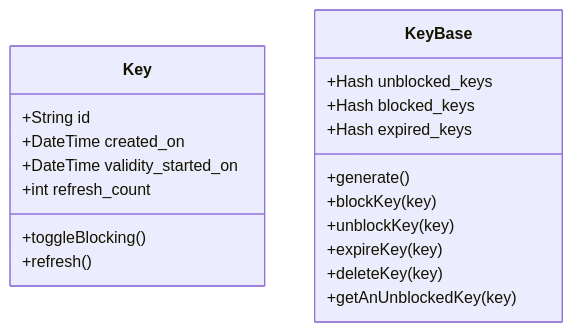
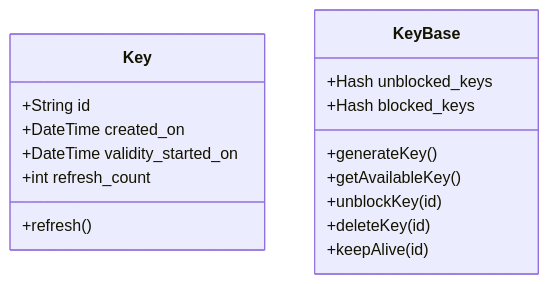
Before and after one commit to tushar2289/key-server-rb: the diagram in lib/classes/README.md, drawn with Mermaid. The commit also changed other lines of this file and 9 other files, not shown here.

````diff
--- a/lib/classes/README.md
+++ b/lib/classes/README.md
@@ -5,23 +5,20 @@
 ```mermaid
 classDiagram
 	class Key
 	Key : +String id
 	Key : +DateTime created_on
 	Key : +DateTime validity_started_on
 	Key : +int refresh_count
 
-	Key : +toggleBlocking()
 	Key : +refresh()
 
 	class KeyBase
 	KeyBase: +Hash unblocked_keys
 	KeyBase: +Hash blocked_keys
-	KeyBase: +Hash expired_keys
 
-	KeyBase: +generate()
-	KeyBase: +blockKey(key)
-	KeyBase: +unblockKey(key)
-	KeyBase: +expireKey(key)
-	KeyBase: +deleteKey(key)
-	KeyBase: +getAnUnblockedKey(key)
+	KeyBase: +generateKey()
+	KeyBase: +getAvailableKey()
+	KeyBase: +unblockKey(id)
+	KeyBase: +deleteKey(id)
+	KeyBase: +keepAlive(id)
 ```
````
